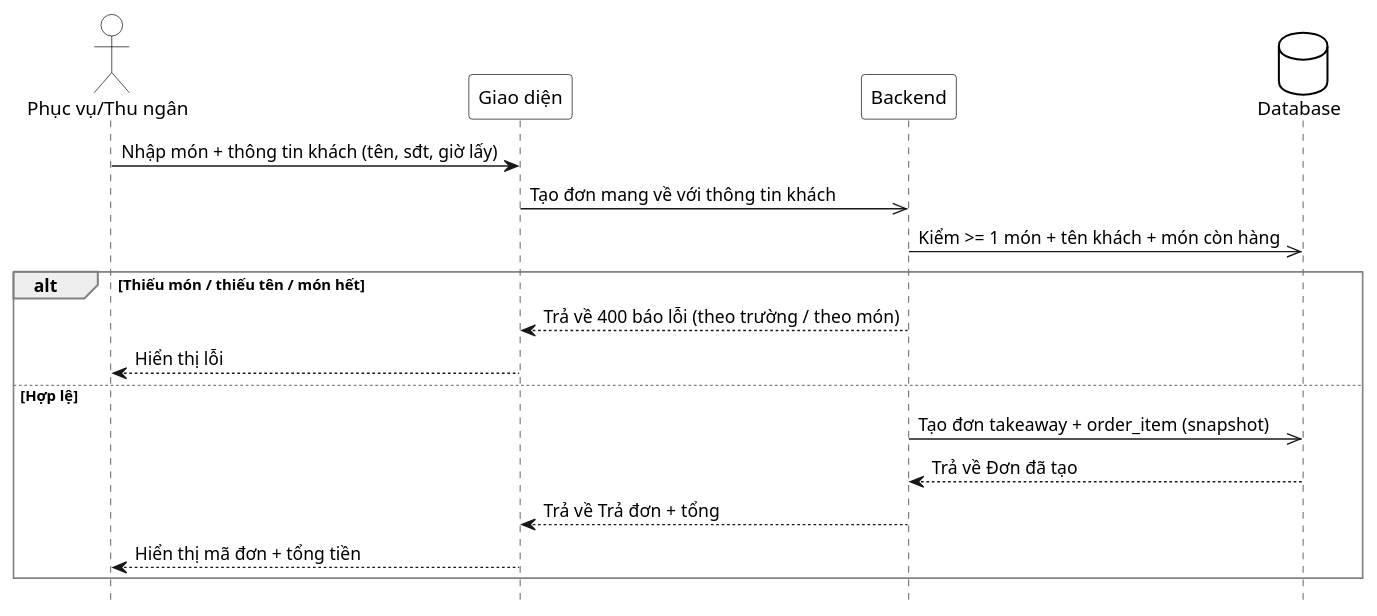
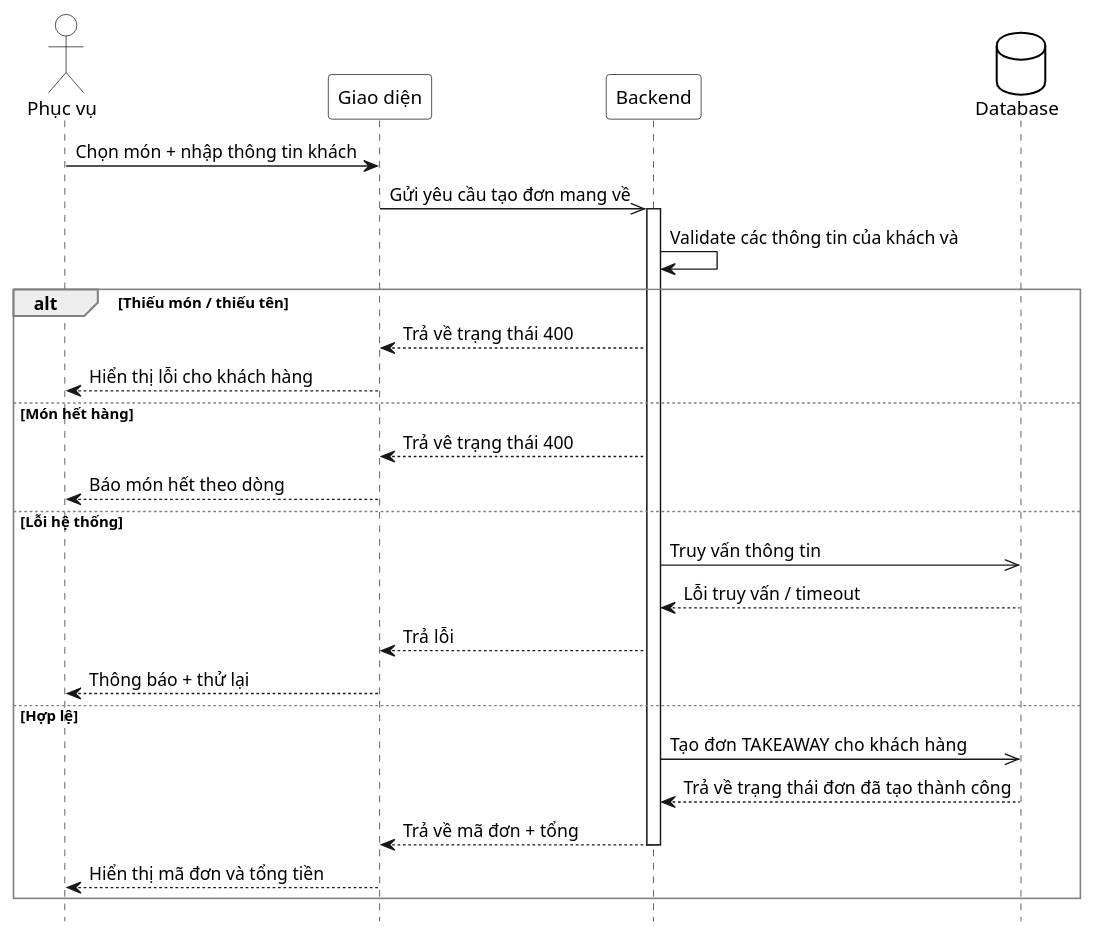
One commit to thanhhoa3514/restaurant-management changed the diagram in docs/use-cases/uc-phuc-vu-38-don-mang-ve.md. Above: the diagram before and after it, drawn with PlantUML. The commit also changed other lines of this file and 98 other files, not shown here.

````diff
--- a/docs/use-cases/uc-phuc-vu-38-don-mang-ve.md
+++ b/docs/use-cases/uc-phuc-vu-38-don-mang-ve.md
@@ -51,37 +99,52 @@
 ```plantuml
 @startuml
 hide footbox
+
 skinparam participant {
  BackgroundColor White
  BorderColor Black
 }
 skinparam actor {
  BackgroundColor White
  BorderColor Black
 }
 skinparam database {
  BackgroundColor White
  BorderColor Black
 }
 skinparam sequenceGroupBorderThickness 1
 skinparam sequenceGroupBorderColor Gray
-actor "Phục vụ/Thu ngân" as A
+actor "Phục vụ" as A
 participant "Giao diện" as UI
 participant "Backend" as BE
 database "Database" as DB
 
-A -> UI : Nhập món + thông tin khách (tên, sđt, giờ lấy)
-UI ->> BE : Tạo đơn mang về với thông tin khách
-BE ->> DB : Kiểm >= 1 món + tên khách + món còn hàng
+A -> UI : Chọn món + nhập thông tin khách
+UI ->> BE : Gửi yêu cầu tạo đơn mang về
+activate BE
+BE -> BE : Validate các thông tin của khách và
 
-alt Thiếu món / thiếu tên / món hết
- BE --> UI : Trả về 400 báo lỗi (theo trường / theo món)
- UI --> A : Hiển thị lỗi
+alt Thiếu món / thiếu tên
+ BE --> UI : Trả về trạng thái 400
+
+ UI --> A : Hiển thị lỗi cho khách hàng
+else Món hết hàng
+ BE --> UI : Trả vê trạng thái 400
+
+ UI --> A : Báo món hết theo dòng
+else Lỗi hệ thống
+ BE ->> DB : Truy vấn thông tin
+ DB --> BE : Lỗi truy vấn / timeout
+ BE --> UI : Trả lỗi
+
+ UI --> A : Thông báo + thử lại
 else Hợp lệ
- BE ->> DB : Tạo đơn takeaway + order_item (snapshot)
- DB --> BE : Trả về Đơn đã tạo
- BE --> UI : Trả về Trả đơn + tổng
- UI --> A : Hiển thị mã đơn + tổng tiền
+ BE ->> DB : Tạo đơn TAKEAWAY cho khách hàng
+ DB --> BE : Trả về trạng thái đơn đã tạo thành công
+ BE --> UI : Trả về mã đơn + tổng
+ deactivate BE
+ UI --> A : Hiển thị mã đơn và tổng tiền
 end
 @enduml
+
 ```
````
